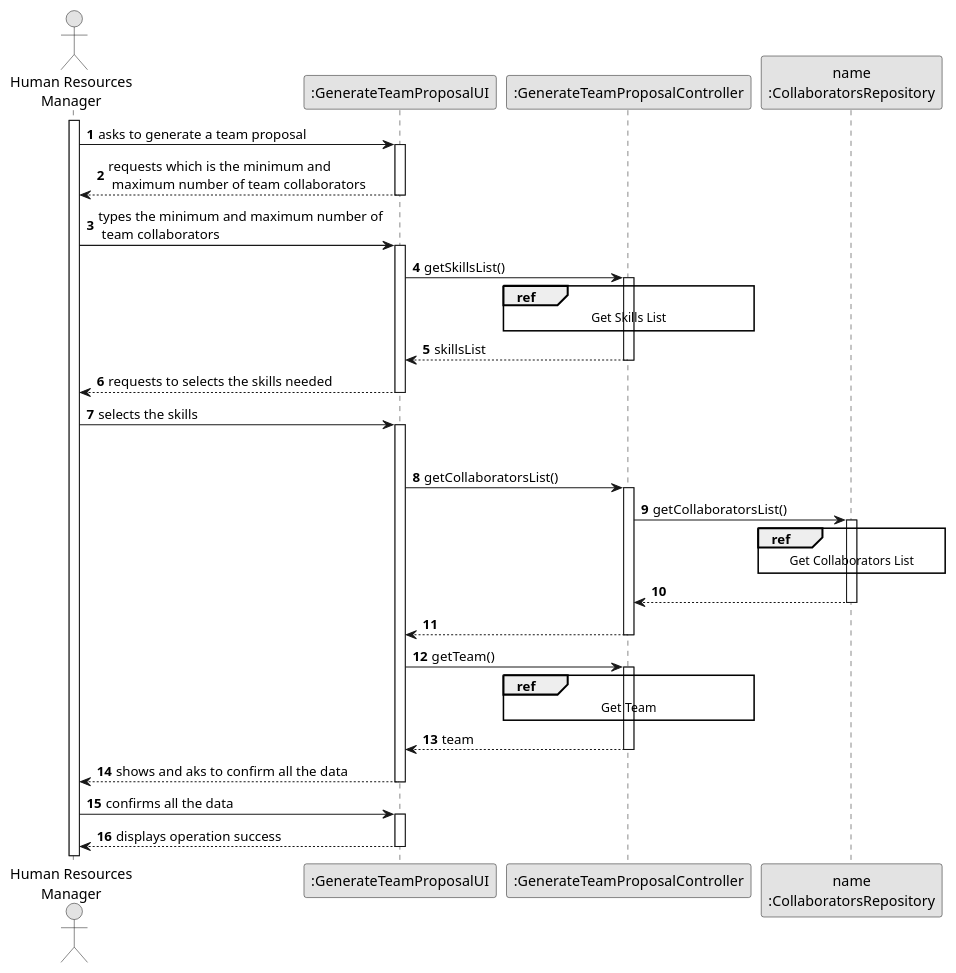
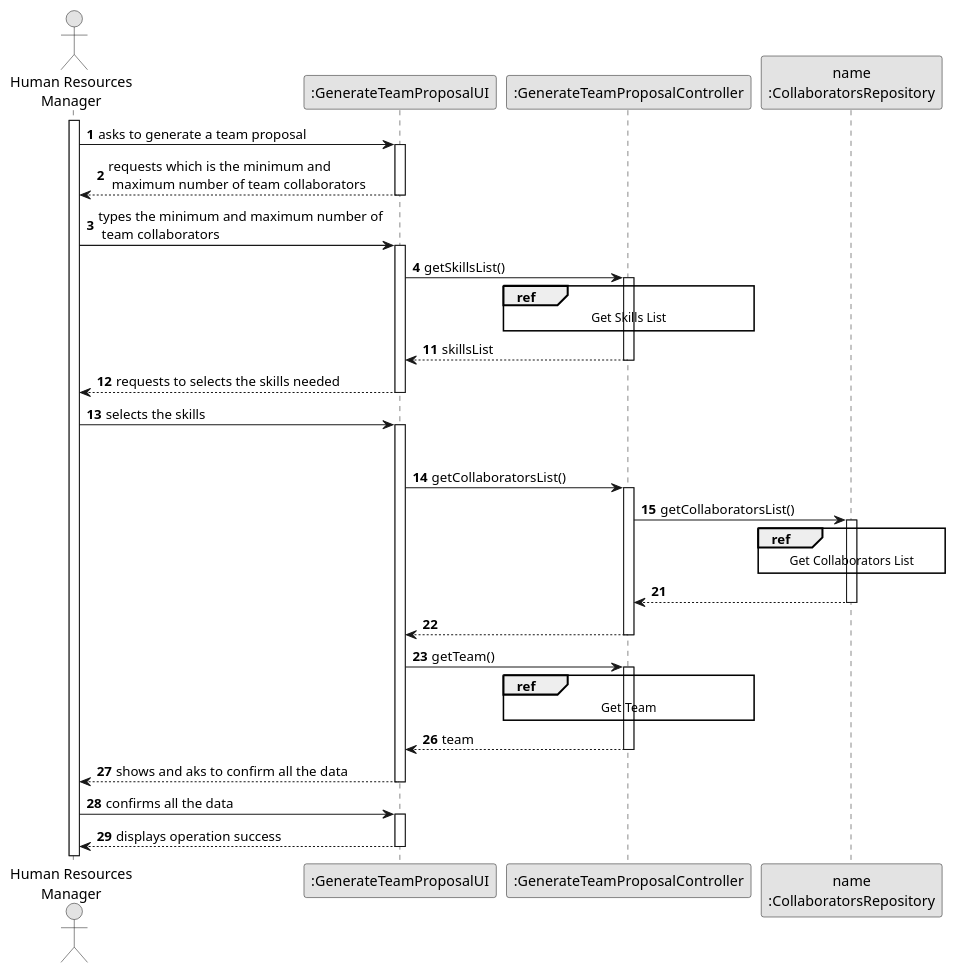
Before and after one commit to 1231360-ISEP/lei-24-s2-1db-g021: the diagram in docs/sprint2/us005/03.design/puml/us005-sequence-diagram-split.puml, drawn with PlantUML. The commit also changed 3 other files, not shown here.

Commit message:
Update US05 - Sequence Diagram split and partial skills list and SVG´s

```diff
--- a/docs/sprint2/us005/03.design/puml/us005-sequence-diagram-split.puml
+++ b/docs/sprint2/us005/03.design/puml/us005-sequence-diagram-split.puml
@@ -1,81 +1,87 @@
 @startuml
 skinparam monochrome true
 skinparam packageStyle rectangle
 skinparam shadowing false
 
 actor "Human Resources\nManager" as HRM
 participant ":GenerateTeamProposalUI" as UI
 participant ":GenerateTeamProposalController" as CTRL
 participant "name\n:CollaboratorsRepository" as CollaboratorsRepository
 
 autonumber 1
 
 activate HRM
 
 HRM -> UI : asks to generate a team proposal
     activate UI
 
 UI --> HRM : requests which is the minimum and\n maximum number of team collaborators
 deactivate UI
 
 
 HRM -> UI : types the minimum and maximum number of\n team collaborators
     activate UI
 
 UI -> CTRL: getSkillsList()
 
 activate CTRL
 
     ref over CTRL
         Get Skills List
     end ref
 
+autonumber 11
+
 CTRL --> UI : skillsList
 deactivate CTRL
 
 UI --> HRM : requests to selects the skills needed
 deactivate UI
 
     HRM -> UI : selects the skills
 activate UI
 
 deactivate CTRL
 
 UI -> CTRL: getCollaboratorsList()
 
 activate CTRL
 
     CTRL -> CollaboratorsRepository : getCollaboratorsList()
 activate CollaboratorsRepository
 
     ref over CollaboratorsRepository
         Get Collaborators List
     end ref
 
+autonumber 21
+
 CollaboratorsRepository --> CTRL
 deactivate CollaboratorsRepository
 
 CTRL --> UI
 deactivate CTRL
 
     UI -> CTRL: getTeam()
 activate CTRL
 
     ref over CTRL
         Get Team
     end ref
+
+autonumber 26
 
 CTRL --> UI : team
 deactivate CTRL
 
 UI --> HRM : shows and aks to confirm all the data
 deactivate UI
 
 HRM -> UI : confirms all the data
 activate UI
 
 UI --> HRM : displays operation success
 deactivate UI
 
 
 @enduml
```
